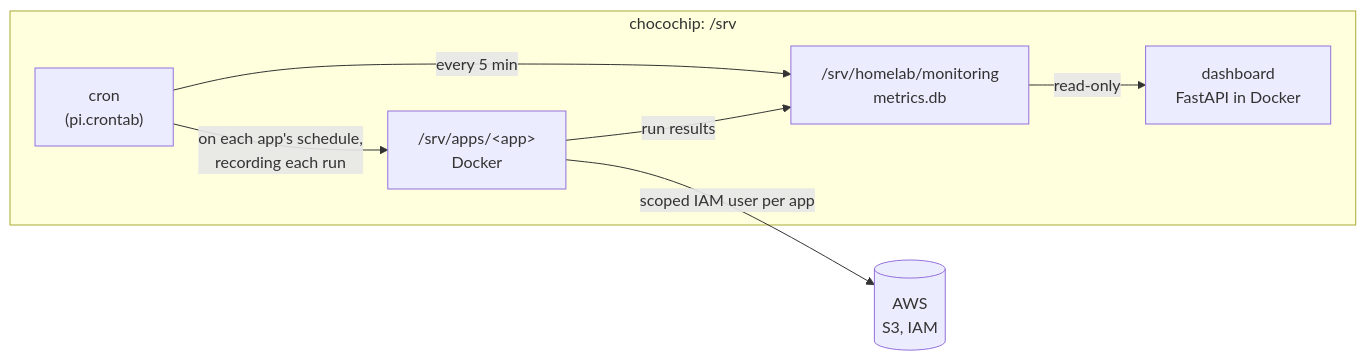
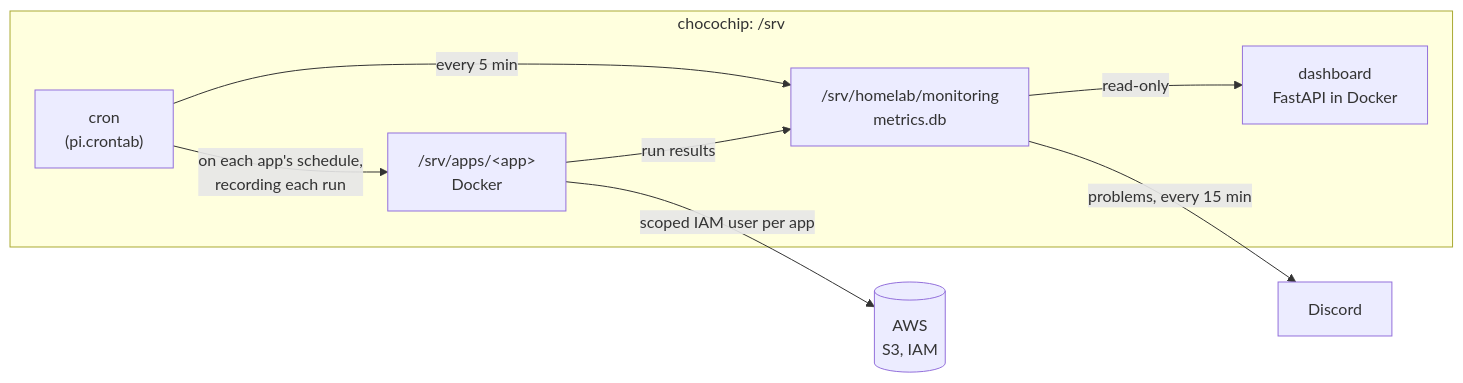
The diagram in README.md (JeremyTran211/Homelab), drawn with Mermaid before and after one commit. The commit also changed other lines of this file and 5 other files, not shown here.

````diff
--- a/README.md
+++ b/README.md
@@ -10,16 +10,18 @@
 ```mermaid
 flowchart LR
     subgraph pi["chocochip: /srv"]
         cron["cron<br/>(pi.crontab)"]
         mon["/srv/homelab/monitoring<br/>metrics.db"]
         apps["/srv/apps/&lt;app&gt;<br/>Docker"]
         dash["dashboard<br/>FastAPI in Docker"]
     end
     aws[("AWS<br/>S3, IAM")]
+    discord["Discord"]
 
     cron -->|"every 5 min"| mon
     cron -->|"on each app's schedule,<br/>recording each run"| apps
     apps -->|"run results"| mon
     mon -->|"read-only"| dash
+    mon -->|"problems, every 15 min"| discord
     apps -->|"scoped IAM user per app"| aws
 ```
````
